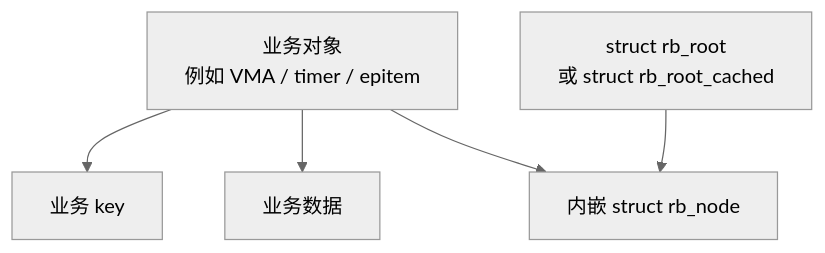
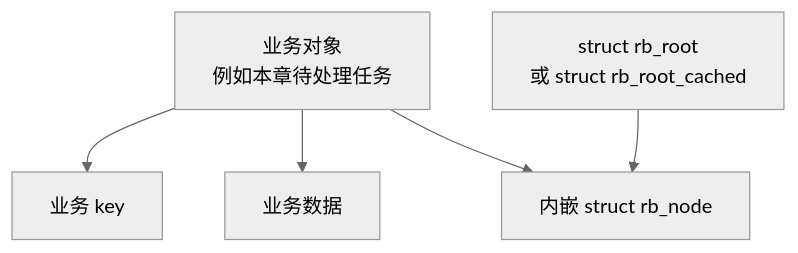
One commit to FormingSystem/linux_note changed diagram 12 of 24 in knowledge/linux/data_structures/红黑树_rb-tree/P08_Linux_6.12_内核_rbtree_基础结构与工程模型.md. Above: the diagram before and after it, drawn with Mermaid (neutral theme). The commit also changed other lines of this file and 17 other files, not shown here.

````diff
--- a/knowledge/linux/data_structures/红黑树_rb-tree/P08_Linux_6.12_内核_rbtree_基础结构与工程模型.md
+++ b/knowledge/linux/data_structures/红黑树_rb-tree/P08_Linux_6.12_内核_rbtree_基础结构与工程模型.md
@@ -1391,15 +1312,15 @@
 ```mermaid
 graph TD
-	rb_user_obj["业务对象<br/>例如 VMA / timer / epitem"]
+	rb_user_obj["业务对象<br/>例如本章待处理任务"]
 	rb_user_key["业务 key"]
 	rb_user_data["业务数据"]
 	rb_embedded_node["内嵌 struct rb_node"]
 
 	rb_tree_root["struct rb_root<br/>或 struct rb_root_cached"]
 
 	rb_user_obj --> rb_user_key
 	rb_user_obj --> rb_user_data
 	rb_user_obj --> rb_embedded_node
 
 	rb_tree_root --> rb_embedded_node
 ```
````
